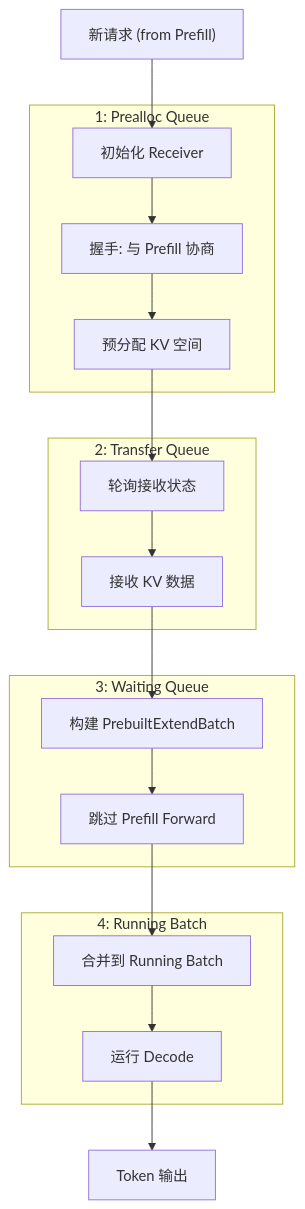
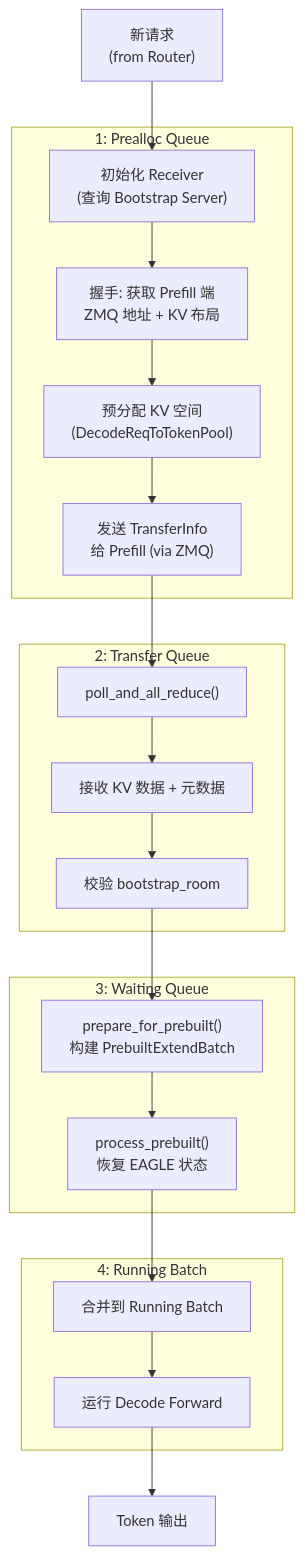
The third of 7 diagrams in SGLang/14-pd-disaggregation.md (wesleyck/AIInfraNotes), drawn with Mermaid before and after one commit. The commit also changed other lines of this file and 26 other files, not shown here.

````diff
--- a/SGLang/14-pd-disaggregation.md
+++ b/SGLang/14-pd-disaggregation.md
@@ -92,30 +108,32 @@
 ```mermaid
 flowchart TB
     subgraph Stage1["1: Prealloc Queue"]
-        InitR["初始化 Receiver"]
-        HS["握手: 与 Prefill 协商"]
-        Alloc["预分配 KV 空间"]
+        InitR["初始化 Receiver<br/>(查询 Bootstrap Server)"]
+        HS["握手: 获取 Prefill 端<br/>ZMQ 地址 + KV 布局"]
+        Alloc["预分配 KV 空间<br/>(DecodeReqToTokenPool)"]
+        SendInfo["发送 TransferInfo<br/>给 Prefill (via ZMQ)"]
     end
-    
+
     subgraph Stage2["2: Transfer Queue"]
-        PollT["轮询接收状态"]
-        Recv["接收 KV 数据"]
+        PollT["poll_and_all_reduce()"]
+        Recv["接收 KV 数据 + 元数据"]
+        Validate["校验 bootstrap_room"]
     end
-    
+
     subgraph Stage3["3: Waiting Queue"]
-        Prebuilt["构建 PrebuiltExtendBatch"]
-        Skip["跳过 Prefill Forward"]
+        Prebuilt["prepare_for_prebuilt()<br/>构建 PrebuiltExtendBatch"]
+        ProcessPB["process_prebuilt()<br/>恢复 EAGLE 状态"]
     end
-    
+
     subgraph Stage4["4: Running Batch"]
         Merge["合并到 Running Batch"]
-        Decode["运行 Decode"]
+        Decode["运行 Decode Forward"]
     end
-    
-    Request["新请求 (from Prefill)"] --> InitR
-    InitR --> HS --> Alloc
-    Alloc --> PollT --> Recv
-    Recv --> Prebuilt --> Skip
-    Skip --> Merge --> Decode
+
+    Request["新请求<br/>(from Router)"] --> InitR
+    InitR --> HS --> Alloc --> SendInfo
+    SendInfo --> PollT --> Recv --> Validate
+    Validate --> Prebuilt --> ProcessPB
+    ProcessPB --> Merge --> Decode
     Decode --> Output["Token 输出"]
 ```
````
